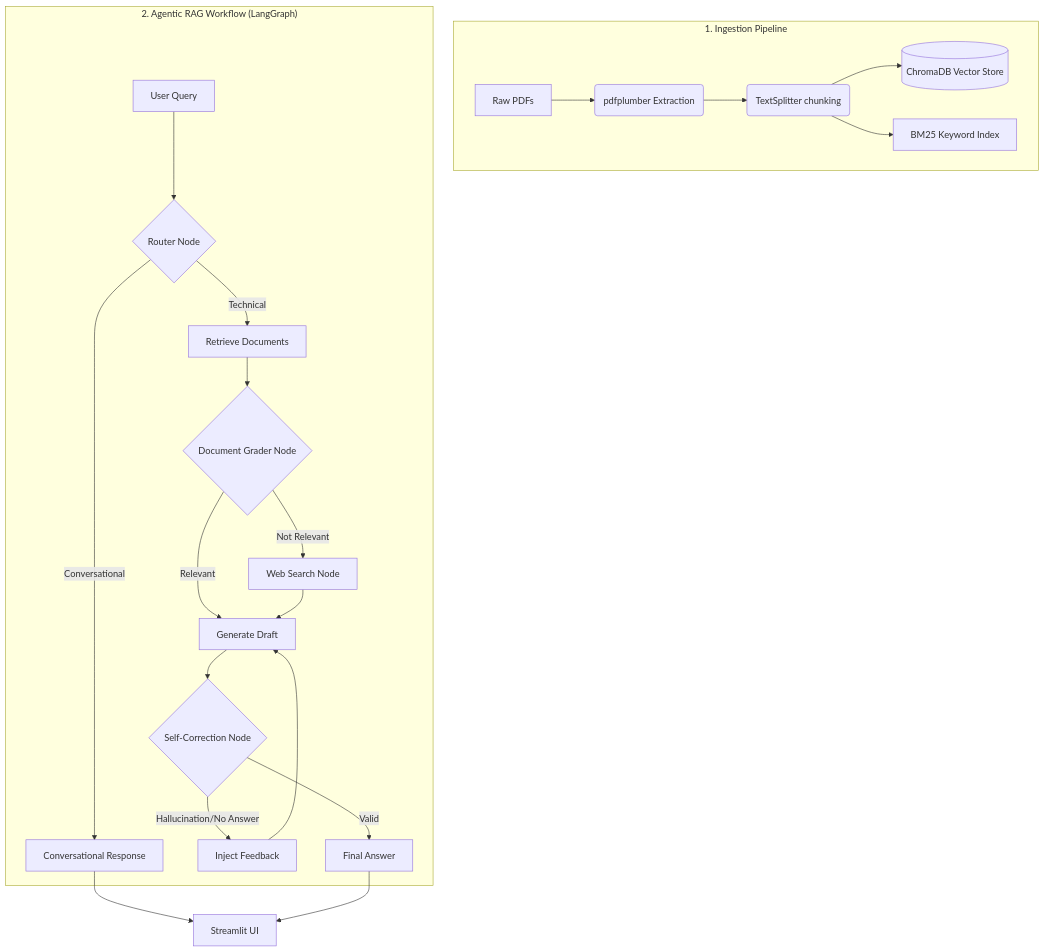
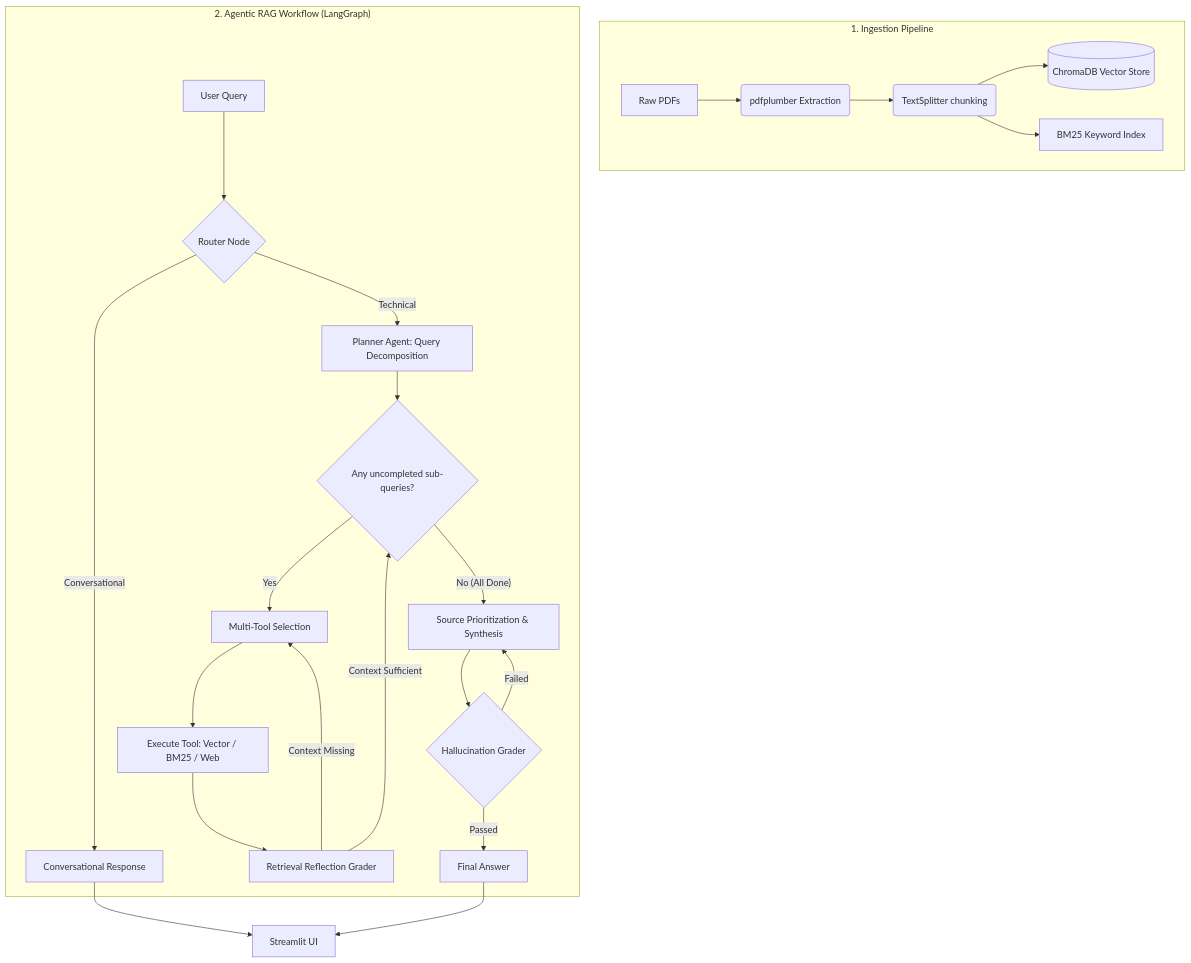
The diagram in README.md (amalcrypt/petrochat), drawn with Mermaid before and after one commit. The commit also changed other lines of this file and 1 other file, not shown here.

Commit message:
Agentic architucture

````diff
--- a/README.md
+++ b/README.md
@@ -45,26 +48,28 @@
 ```mermaid
 flowchart TD
     subgraph Ingestion["1. Ingestion Pipeline"]
         A[Raw PDFs] --> B(pdfplumber Extraction)
         B --> C(TextSplitter chunking)
         C --> D[(ChromaDB Vector Store)]
         C --> E[BM25 Keyword Index]
     end
 
     subgraph AgenticGraph["2. Agentic RAG Workflow (LangGraph)"]
         F[User Query] --> G{Router Node}
         G -- Conversational --> H[Conversational Response]
-        G -- Technical --> I[Retrieve Documents]
-        I --> J{Document Grader Node}
-        J -- Relevant --> K[Generate Draft]
-        J -- Not Relevant --> L[Web Search Node]
-        L --> K
-        K --> M{Self-Correction Node}
-        M -- Hallucination/No Answer --> N[Inject Feedback]
-        N --> K
-        M -- Valid --> O[Final Answer]
+        G -- Technical --> I[Planner Agent: Query Decomposition]
+        I --> J{Any uncompleted sub-queries?}
+        J -- Yes --> K[Multi-Tool Selection]
+        K --> L[Execute Tool: Vector / BM25 / Web]
+        L --> M[Retrieval Reflection Grader]
+        M -- Context Missing --> K
+        M -- Context Sufficient --> J
+        J -- No (All Done) --> N[Source Prioritization & Synthesis]
+        N --> O{Hallucination Grader}
+        O -- Failed --> N
+        O -- Passed --> P[Final Answer]
     end
     
-    H --> P[Streamlit UI]
-    O --> P
+    H --> Q[Streamlit UI]
+    P --> Q
 ```
````
